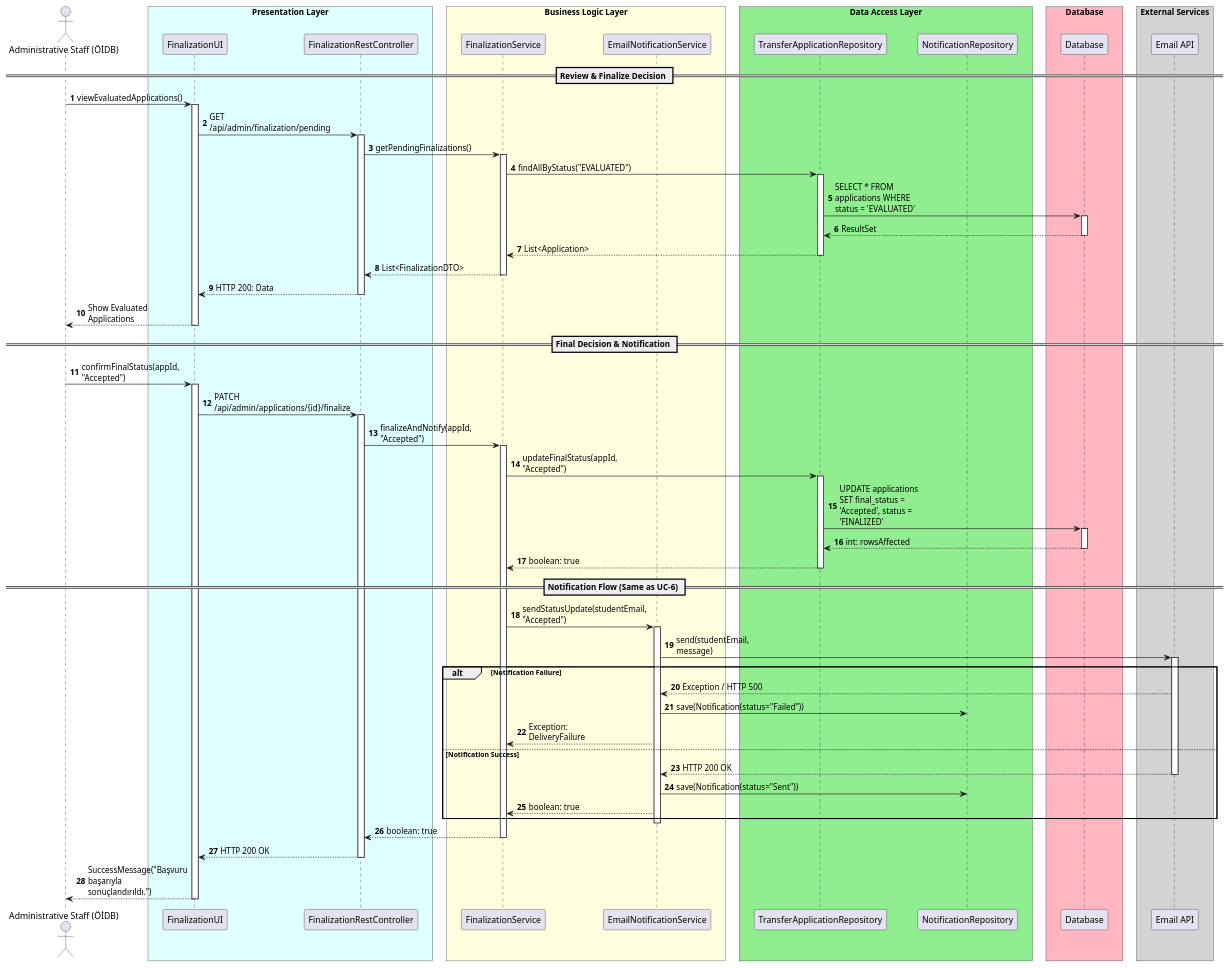
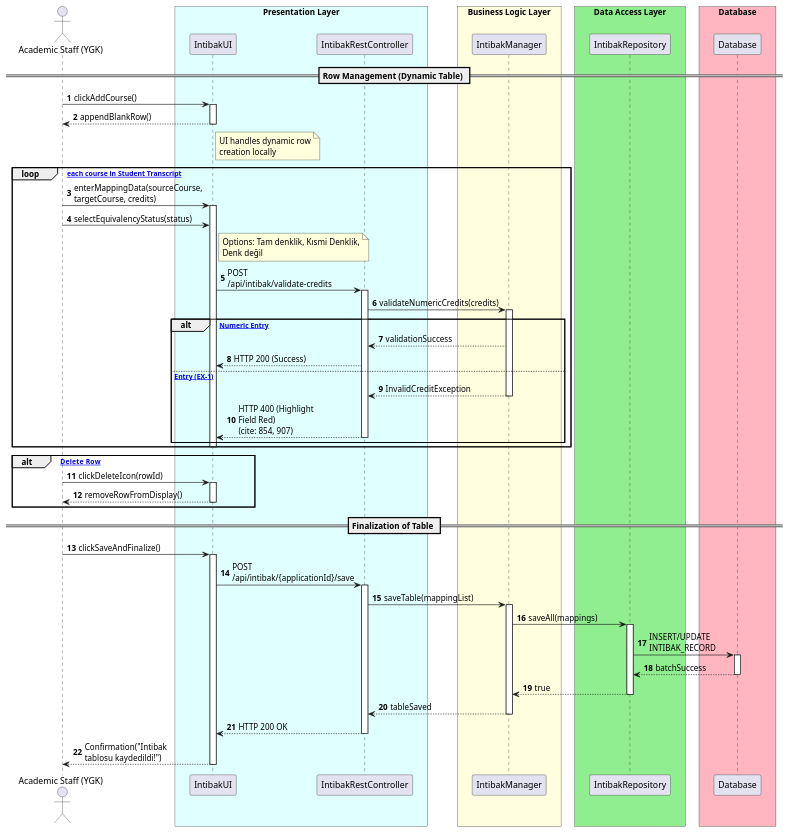
The diagram in docs/uml/sequence-diagram-UC-9.puml (UTMS-G02/utms), drawn with PlantUML before and after one commit. The commit also changed 1 other file, not shown here.

Commit message:
uc-8 and uc-9 sequence diagrams updated to reflect the changes in the evaluation process.

```diff
--- a/docs/uml/sequence-diagram-UC-9.puml
+++ b/docs/uml/sequence-diagram-UC-9.puml
@@ -1,109 +1,101 @@
-@startuml uc-9
+@startuml scenario-9-intibak
 autonumber
 skinparam maxMessageSize 150
 skinparam ParticipantPadding 20
 skinparam BoxPadding 10
 
-actor "Administrative Staff (ÖİDB)" as Admin
+actor "Academic Staff (YGK)" as YGK
 
 box "Presentation Layer" #LightCyan
-    participant "FinalizationUI" as UI
-    participant "FinalizationRestController" as RestController
+    participant "IntibakUI" as UI
+    participant "IntibakRestController" as RestController
 end box
 
 box "Business Logic Layer" #LightYellow
-    participant "FinalizationService" as FinalService
-    participant "EmailNotificationService" as EmailService
+    participant "IntibakManager" as Manager
 end box
 
 box "Data Access Layer" #LightGreen
-    participant "TransferApplicationRepository" as AppRepo
-    participant "NotificationRepository" as LogDB
+    participant "IntibakRepository" as Repo
 end box
 
 box "Database" #LightPink
     participant "Database" as DB
 end box
 
-box "External Services" #LightGray
-    participant "Email API" as ExternalEmail
-end box
+== Row Management (Dynamic Table) ==
 
-== Review & Finalize Decision ==
+YGK -> UI: clickAddCourse()
+activate UI
+UI --> YGK: appendBlankRow()
+note right of UI: UI handles dynamic row\ncreation locally
+deactivate UI
 
-Admin -> UI: viewEvaluatedApplications()
+loop [For each course in Student Transcript]
+
+    YGK -> UI: enterMappingData(sourceCourse,\ntargetCourse, credits)
+    activate UI
+
+    YGK -> UI: selectEquivalencyStatus(status)
+    note right of UI: Options: Tam denklik, Kısmi Denklik,\nDenk değil
+
+    UI -> RestController: POST\n/api/intibak/validate-credits
+    activate RestController
+
+    RestController -> Manager: validateNumericCredits(credits)
+    activate Manager
+
+    alt [Valid Numeric Entry]
+        Manager --> RestController: validationSuccess
+        RestController --> UI: HTTP 200 (Success)
+
+    else [Non-numeric Entry (EX-1)]
+        Manager --> RestController: InvalidCreditException
+        deactivate Manager
+        RestController --> UI: HTTP 400 (Highlight Field Red)\n(cite: 854, 907)
+        deactivate RestController
+    end
+
+    deactivate UI
+
+end
+
+alt [Alternative: Delete  Row ]
+    YGK -> UI: clickDeleteIcon(rowId)
+    activate UI
+    UI --> YGK: removeRowFromDisplay()
+    deactivate UI
+end
+
+== Finalization of Table ==
+
+YGK -> UI: clickSaveAndFinalize()
 activate UI
 
-UI -> RestController: GET /api/admin/finalization/pending
+UI -> RestController: POST\n/api/intibak/{applicationId}/save
 activate RestController
 
-RestController -> FinalService: getPendingFinalizations()
-activate FinalService
+RestController -> Manager: saveTable(mappingList)
+activate Manager
 
-FinalService -> AppRepo: findAllByStatus("EVALUATED")
-activate AppRepo
-AppRepo -> DB: SELECT * FROM applications WHERE status = 'EVALUATED'
+Manager -> Repo: saveAll(mappings)
+activate Repo
+
+Repo -> DB: INSERT/UPDATE\nINTIBAK_RECORD
 activate DB
-DB --> AppRepo: ResultSet
+DB --> Repo: batchSuccess
 deactivate DB
-AppRepo --> FinalService: List<Application>
-deactivate AppRepo
 
-FinalService --> RestController: List<FinalizationDTO>
-deactivate FinalService
+Repo --> Manager: true
+deactivate Repo
 
-RestController --> UI: HTTP 200: Data
-deactivate RestController
-UI --> Admin: Show Evaluated Applications
-deactivate UI
-
-== Final Decision & Notification ==
-
-Admin -> UI: confirmFinalStatus(appId, "Accepted")
-activate UI
-
-UI -> RestController: PATCH /api/admin/applications/{id}/finalize
-activate RestController
-
-RestController -> FinalService: finalizeAndNotify(appId, "Accepted")
-activate FinalService
-
-FinalService -> AppRepo: updateFinalStatus(appId, "Accepted")
-activate AppRepo
-AppRepo -> DB: UPDATE applications SET final_status = 'Accepted', status = 'FINALIZED'
-activate DB
-DB --> AppRepo: int: rowsAffected
-deactivate DB
-AppRepo --> FinalService: boolean: true
-deactivate AppRepo
-
-== Notification Flow (Same as UC-6) ==
-
-FinalService -> EmailService: sendStatusUpdate(studentEmail, "Accepted")
-activate EmailService
-
-EmailService -> ExternalEmail: send(studentEmail, message)
-activate ExternalEmail
-
-alt  Notification Failure 
-    ExternalEmail --> EmailService: Exception / HTTP 500
-    EmailService -> LogDB: save(Notification(status="Failed"))
-    EmailService --> FinalService: Exception: DeliveryFailure
-else Notification Success
-    ExternalEmail --> EmailService: HTTP 200 OK
-    deactivate ExternalEmail
-    EmailService -> LogDB: save(Notification(status="Sent"))
-    EmailService --> FinalService: boolean: true
-end
-deactivate EmailService
-
-FinalService --> RestController: boolean: true
-deactivate FinalService
+Manager --> RestController: tableSaved
+deactivate Manager
 
 RestController --> UI: HTTP 200 OK
 deactivate RestController
 
-UI --> Admin: SuccessMessage("Başvuru başarıyla sonuçlandırıldı.")
+UI --> YGK: Confirmation("Intibak\ntablosu kaydedildi!")
 deactivate UI
 
 @enduml
```
